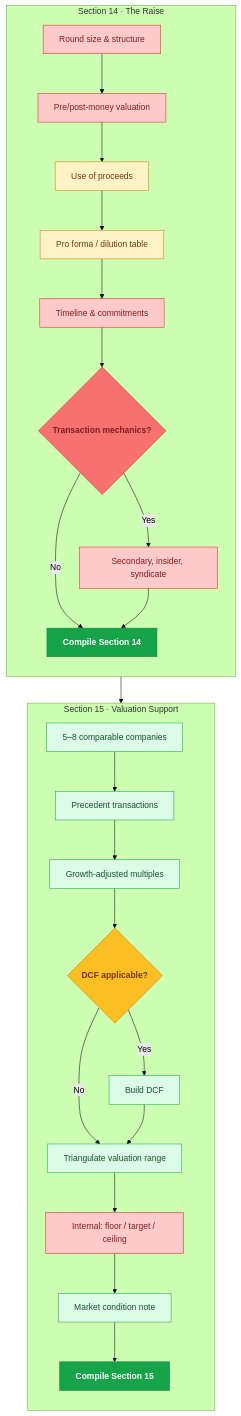
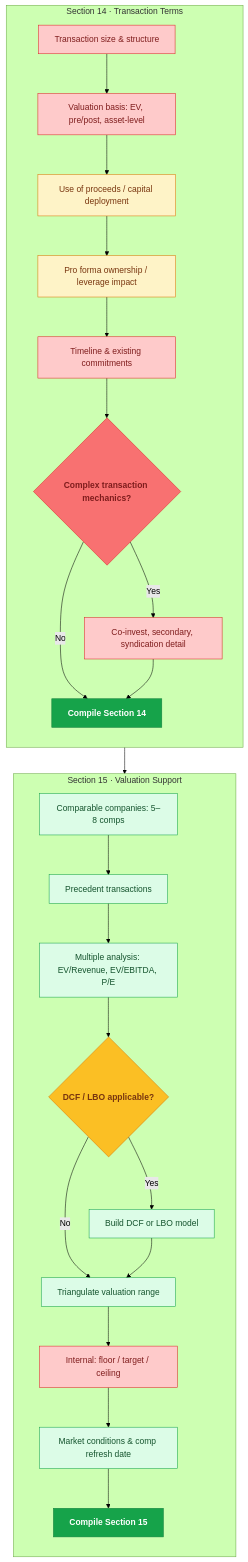
Before and after one commit to mrchanpark/IC-Memo-Flow-Chart-V2: diagram 11 of 16 in README.md, drawn with Mermaid (forest theme). The commit also changed other lines of this file and 2 other files, not shown here.

````diff
--- a/README.md
+++ b/README.md
@@ -276,33 +277,33 @@
 ```mermaid
 flowchart TB
-  subgraph RAISE["Section 14 · The Raise"]
+  subgraph RAISE["Section 14 · Transaction Terms"]
     direction TB
-    R1["Round size & structure"]:::red --> R2["Pre/post-money valuation"]:::red
-    R2 --> R3["Use of proceeds"]:::yel
-    R3 --> R4["Pro forma / dilution table"]:::yel
-    R4 --> R5["Timeline & commitments"]:::red
-    R5 --> R6{"Transaction mechanics?"}:::redD
-    R6 -- Yes --> R7["Secondary, insider, syndicate"]:::red
+    R1["Transaction size & structure"]:::red --> R2["Valuation basis: EV, pre/post, asset-level"]:::red
+    R2 --> R3["Use of proceeds / capital deployment"]:::yel
+    R3 --> R4["Pro forma ownership / leverage impact"]:::yel
+    R4 --> R5["Timeline & existing commitments"]:::red
+    R5 --> R6{"Complex transaction mechanics?"}:::redD
+    R6 -- Yes --> R7["Co-invest, secondary, syndication detail"]:::red
     R6 -- No --> R8["Compile Section 14"]:::grnC
     R7 --> R8
   end
   subgraph VAL["Section 15 · Valuation Support"]
     direction TB
-    V1["5–8 comparable companies"]:::grn --> V2["Precedent transactions"]:::grn
-    V2 --> V3["Growth-adjusted multiples"]:::grn
-    V3 --> V4{"DCF applicable?"}:::yelD
-    V4 -- Yes --> V5["Build DCF"]:::grn
+    V1["Comparable companies: 5–8 comps"]:::grn --> V2["Precedent transactions"]:::grn
+    V2 --> V3["Multiple analysis: EV/Revenue, EV/EBITDA, P/E"]:::grn
+    V3 --> V4{"DCF / LBO applicable?"}:::yelD
+    V4 -- Yes --> V5["Build DCF or LBO model"]:::grn
     V4 -- No --> V6["Triangulate valuation range"]:::grn
     V5 --> V6
     V6 --> V7["Internal: floor / target / ceiling"]:::red
-    V7 --> V8["Market condition note"]:::grn
+    V7 --> V8["Market conditions & comp refresh date"]:::grn
     V8 --> V9["Compile Section 15"]:::grnC
   end
   RAISE --> VAL
   classDef red fill:#fecaca,stroke:#dc2626,color:#7f1d1d
   classDef redD fill:#f87171,stroke:#dc2626,color:#7f1d1d,font-weight:700
   classDef yel fill:#fef3c7,stroke:#d97706,color:#78350f
   classDef yelD fill:#fbbf24,stroke:#d97706,color:#78350f,font-weight:700
   classDef grn fill:#dcfce7,stroke:#16a34a,color:#14532d
   classDef grnC fill:#16a34a,stroke:#15803d,color:#fff,font-weight:700
 ```
````
